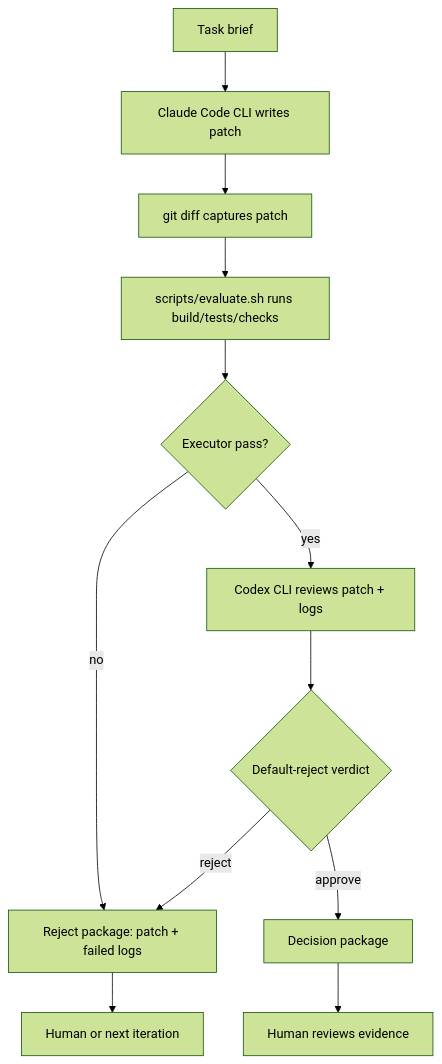
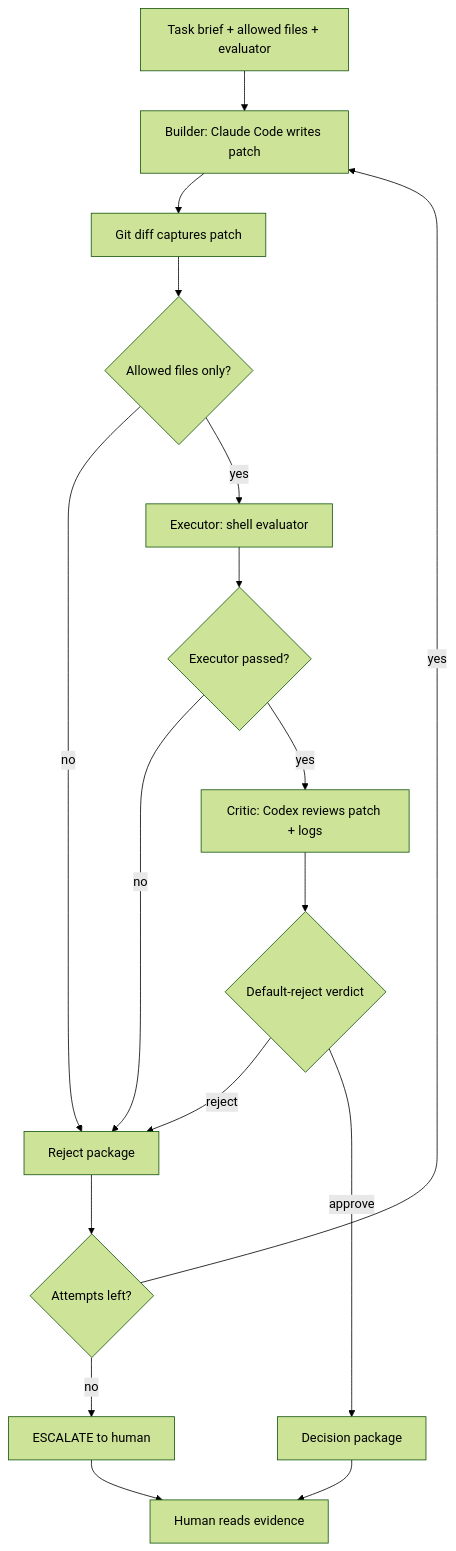
The first of 2 diagrams in 02-Agent-Driven Workflow/04. Claude Code Builder + Codex Reviewer Branch.md (Jasper-aa64/HFT-wf), drawn with Mermaid (forest theme) before and after one commit. The commit also changed other lines of this file and 1 other file, not shown here.

First line of the commit message:
docs: Update status to Overclock Lite+ with retry loop

````diff
--- a/02-Agent-Driven Workflow/04. Claude Code Builder + Codex Reviewer Branch.md
+++ b/02-Agent-Driven Workflow/04. Claude Code Builder + Codex Reviewer Branch.md
@@ -48,14 +91,19 @@
 ```mermaid
 flowchart TD
-    A[Task brief] --> B[Claude Code CLI writes patch]
-    B --> C[git diff captures patch]
-    C --> D[scripts/evaluate.sh runs build/tests/checks]
-    D --> E{Executor pass?}
-    E -- no --> R[Reject package: patch + failed logs]
-    E -- yes --> F[Codex CLI reviews patch + logs]
-    F --> G{Default-reject verdict}
-    G -- reject --> R
-    G -- approve --> H[Decision package]
-    R --> I[Human or next iteration]
-    H --> J[Human reviews evidence]
+    Brief["Task brief + allowed files + evaluator"] --> Builder["Builder: Claude Code writes patch"]
+    Builder --> Diff["Git diff captures patch"]
+    Diff --> Scope{"Allowed files only?"}
+    Scope -->|"no"| Reject["Reject package"]
+    Scope -->|"yes"| Executor["Executor: shell evaluator"]
+    Executor --> ExecGate{"Executor passed?"}
+    ExecGate -->|"no"| Reject
+    ExecGate -->|"yes"| Critic["Critic: Codex reviews patch + logs"]
+    Critic --> CriticGate{"Default-reject verdict"}
+    CriticGate -->|"reject"| Reject
+    CriticGate -->|"approve"| Decision["Decision package"]
+    Reject --> Retry{"Attempts left?"}
+    Retry -->|"yes"| Builder
+    Retry -->|"no"| Escalate["ESCALATE to human"]
+    Decision --> Human["Human reads evidence"]
+    Escalate --> Human
 ```
````
